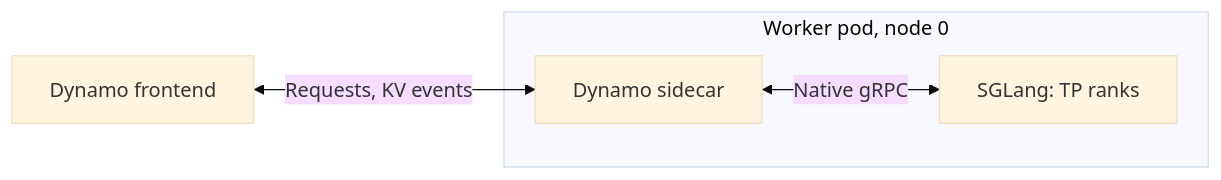
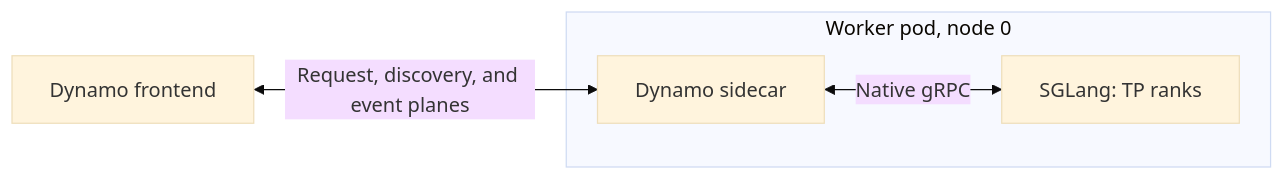
One commit to ai-dynamo/dynamo changed the first of 3 diagrams in docs/fern/pages/developer-guide/knowledge-base/modular-components/backends/sglang/sidecar.md. Above: the diagram before and after it, drawn with Mermaid (base theme). The commit also changed other lines of this file and 5 other files, not shown here.

Commit message:
docs(sidecar): label Dynamo planes and show DP collectives in topology diagrams

````diff
--- a/docs/fern/pages/developer-guide/knowledge-base/modular-components/backends/sglang/sidecar.md
+++ b/docs/fern/pages/developer-guide/knowledge-base/modular-components/backends/sglang/sidecar.md
@@ -63,7 +64,7 @@
 ```mermaid
 flowchart LR
-  F[Dynamo frontend] <-->|Requests, KV events| S
+  F[Dynamo frontend] <-->|Request, discovery, and event planes| S
   subgraph P[Worker pod, node 0]
     S[Dynamo sidecar] <-->|Native gRPC| E[SGLang: TP ranks]
   end
 ```
````
